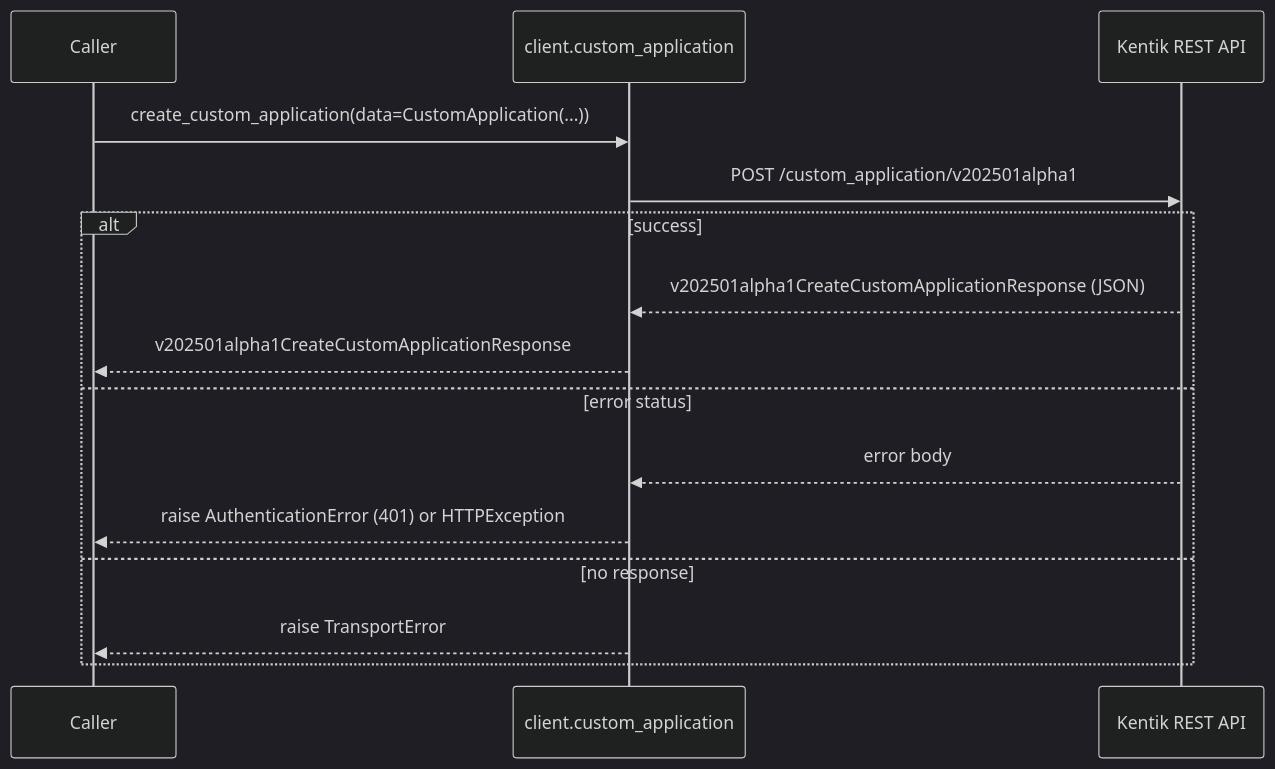
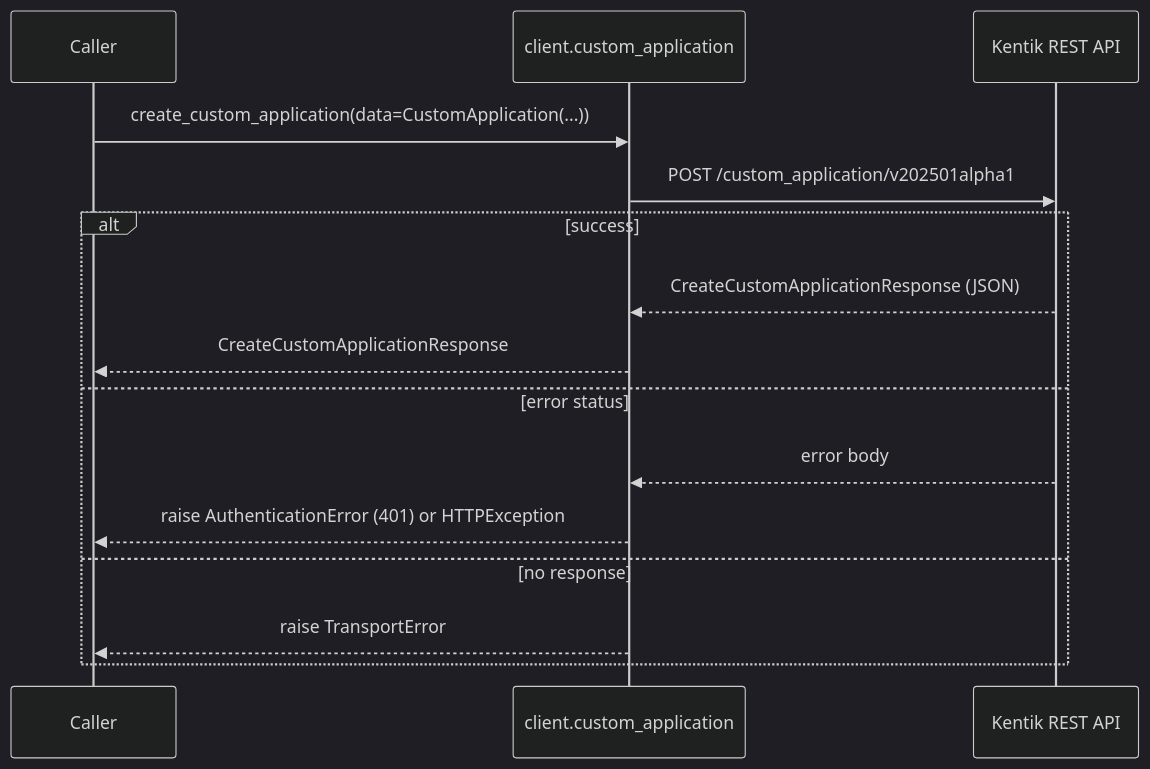
One commit to alexdearaujo/community_sdk_python changed the fourth of 12 diagrams in docs/sphinx/services/custom_application.md. Above: the diagram before and after it, drawn with Mermaid (dark theme). The commit also changed other lines of this file and 38 other files, not shown here.

````diff
--- a/docs/sphinx/services/custom_application.md
+++ b/docs/sphinx/services/custom_application.md
@@ -106,18 +106,18 @@
 ```mermaid
 sequenceDiagram
     participant C as Caller
     participant W as client.custom_application
     participant API as Kentik REST API
 
     C->>W: create_custom_application(data=CustomApplication(...))
     W->>API: POST /custom_application/v202501alpha1
     alt success
-        API-->>W: v202501alpha1CreateCustomApplicationResponse (JSON)
-        W-->>C: v202501alpha1CreateCustomApplicationResponse
+        API-->>W: CreateCustomApplicationResponse (JSON)
+        W-->>C: CreateCustomApplicationResponse
     else error status
         API-->>W: error body
         W-->>C: raise AuthenticationError (401) or HTTPException
     else no response
         W-->>C: raise TransportError
     end
 ```
````
